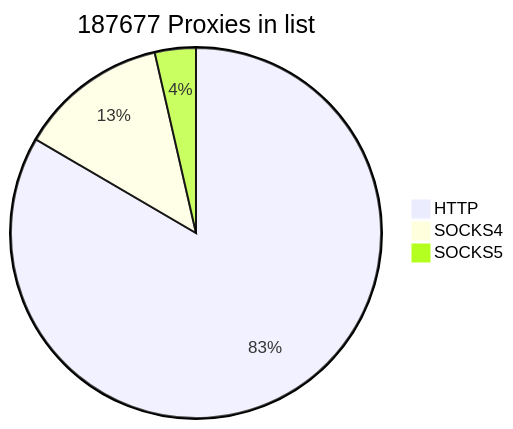
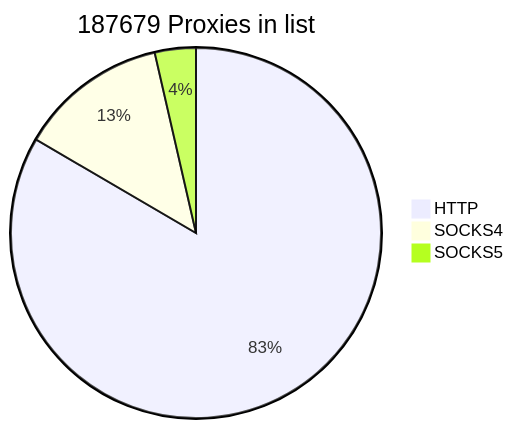
One commit to cutipu/proxylist changed the first of 2 diagrams in README.md. Above: the diagram before and after it, drawn with Mermaid. The commit also changed other lines of this file, not shown here.

````diff
--- a/README.md
+++ b/README.md
@@ -2,7 +2,7 @@
 ```mermaid
-pie title 187677 Proxies in list
+pie title 187679 Proxies in list
     "HTTP" : 156548
     "SOCKS4" : 24406
-    "SOCKS5" : 6723
+    "SOCKS5" : 6725
             
 ```
````
